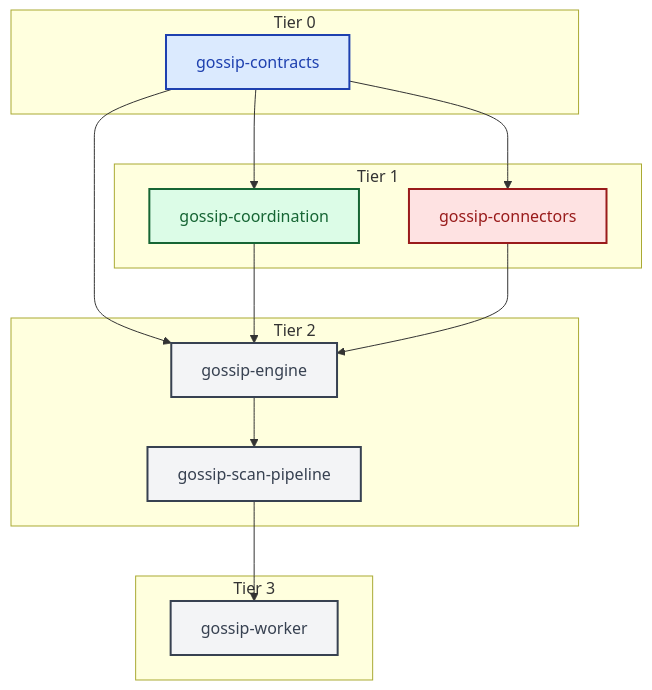
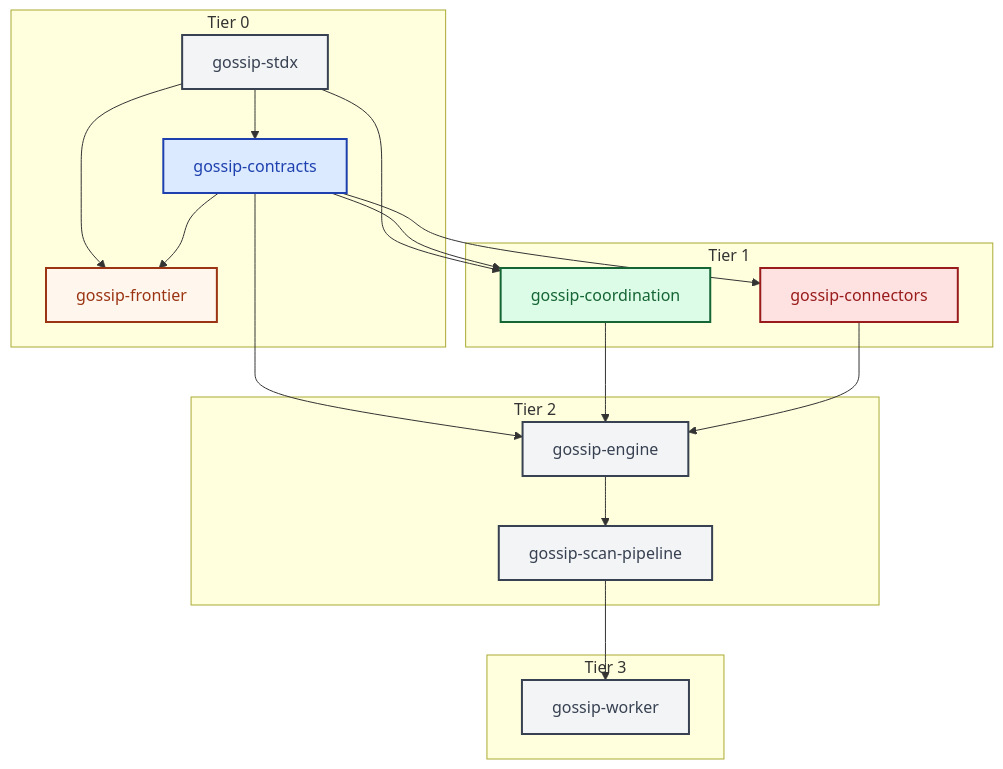
Before and after one commit to ahrav/Gossip-rs: the fourth of 4 diagrams in diagrams/01-system-overview.md, drawn with Mermaid. The commit also changed other lines of this file and 8 other files, not shown here.

````diff
--- a/diagrams/01-system-overview.md
+++ b/diagrams/01-system-overview.md
@@ -215,36 +225,44 @@
 ```mermaid
 %% Diagram: build-dag
 graph TD
     subgraph "Tier 0"
+        stdx["gossip-stdx"]
         contracts["gossip-contracts"]
+        frontier["gossip-frontier"]
     end
 
     subgraph "Tier 1"
         coordination["gossip-coordination"]
         connectors["gossip-connectors"]
     end
 
     subgraph "Tier 2"
         engine["gossip-engine"]
         pipeline["gossip-scan-pipeline"]
     end
 
     subgraph "Tier 3"
         worker["gossip-worker"]
     end
 
+    stdx --> contracts
+    stdx --> frontier
+    stdx --> coordination
+    contracts --> frontier
     contracts --> coordination
     contracts --> connectors
     contracts --> engine
     coordination --> engine
     connectors --> engine
     engine --> pipeline
     pipeline --> worker
 
+    style stdx fill:#F3F4F6,stroke:#374151,stroke-width:2px,color:#374151
     style contracts fill:#DBEAFE,stroke:#1E40AF,stroke-width:2px,color:#1E40AF
+    style frontier fill:#FFF7ED,stroke:#9A3412,stroke-width:2px,color:#9A3412
     style coordination fill:#DCFCE7,stroke:#166534,stroke-width:2px,color:#166534
     style connectors fill:#FEE2E2,stroke:#991B1B,stroke-width:2px,color:#991B1B
     style engine fill:#F3F4F6,stroke:#374151,stroke-width:2px,color:#374151
     style pipeline fill:#F3F4F6,stroke:#374151,stroke-width:2px,color:#374151
     style worker fill:#F3F4F6,stroke:#374151,stroke-width:2px,color:#374151
 ```
````
